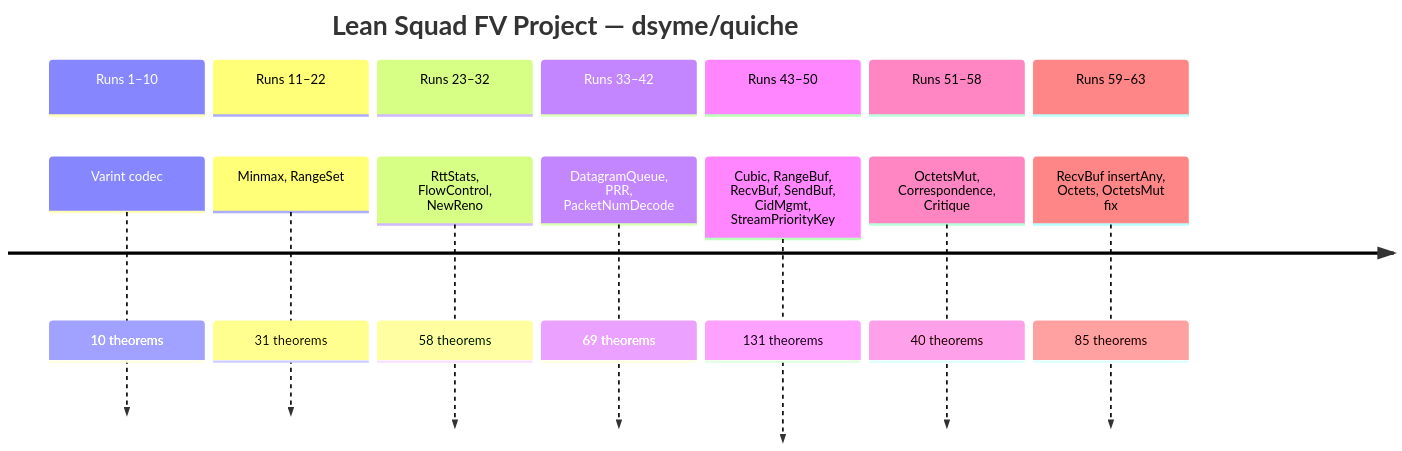
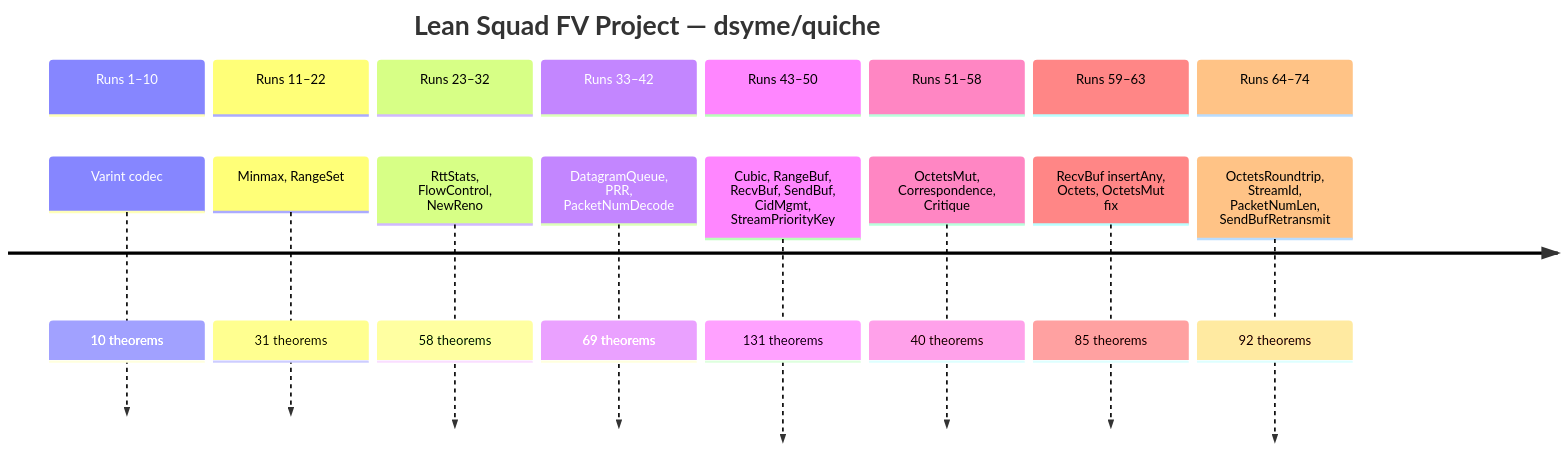
The seventh of 7 diagrams in formal-verification/REPORT.md (dsyme/quiche), drawn with Mermaid before and after one commit. The commit also changed other lines of this file and 1 other file, not shown here.

First line of the commit message:
feat(fv): Tasks 2+10 — varint roundtrip informal spec (T23) + REPORT update (run 74)

````diff
--- a/formal-verification/REPORT.md
+++ b/formal-verification/REPORT.md
@@ -271,18 +293,20 @@
 ```mermaid
 timeline
     title Lean Squad FV Project — dsyme/quiche
     section Runs 1–10
         Varint codec : 10 theorems
     section Runs 11–22
         Minmax, RangeSet : 31 theorems
     section Runs 23–32
         RttStats, FlowControl, NewReno : 58 theorems
     section Runs 33–42
         DatagramQueue, PRR, PacketNumDecode : 69 theorems
     section Runs 43–50
         Cubic, RangeBuf, RecvBuf, SendBuf, CidMgmt, StreamPriorityKey : 131 theorems
     section Runs 51–58
         OctetsMut, Correspondence, Critique : 40 theorems
     section Runs 59–63
         RecvBuf insertAny, Octets, OctetsMut fix : 85 theorems
+    section Runs 64–74
+        OctetsRoundtrip, StreamId, PacketNumLen, SendBufRetransmit : 92 theorems
 ```
````
